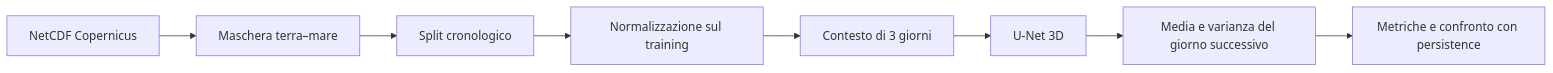
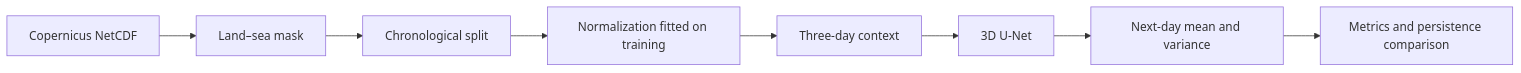
The diagram in README.md (arturomarino/thesis_repo), drawn with Mermaid before and after one commit. The commit also changed other lines of this file, not shown here.

````diff
--- a/README.md
+++ b/README.md
@@ -23,10 +23,10 @@
 ```mermaid
 flowchart LR
-    A[NetCDF Copernicus] --> B[Maschera terra–mare]
-    B --> C[Split cronologico]
-    C --> D[Normalizzazione sul training]
-    D --> E[Contesto di 3 giorni]
-    E --> F[U-Net 3D]
-    F --> G[Media e varianza del giorno successivo]
-    G --> H[Metriche e confronto con persistence]
+    A[Copernicus NetCDF] --> B[Land–sea mask]
+    B --> C[Chronological split]
+    C --> D[Normalization fitted on training]
+    D --> E[Three-day context]
+    E --> F[3D U-Net]
+    F --> G[Next-day mean and variance]
+    G --> H[Metrics and persistence comparison]
 ```
````
